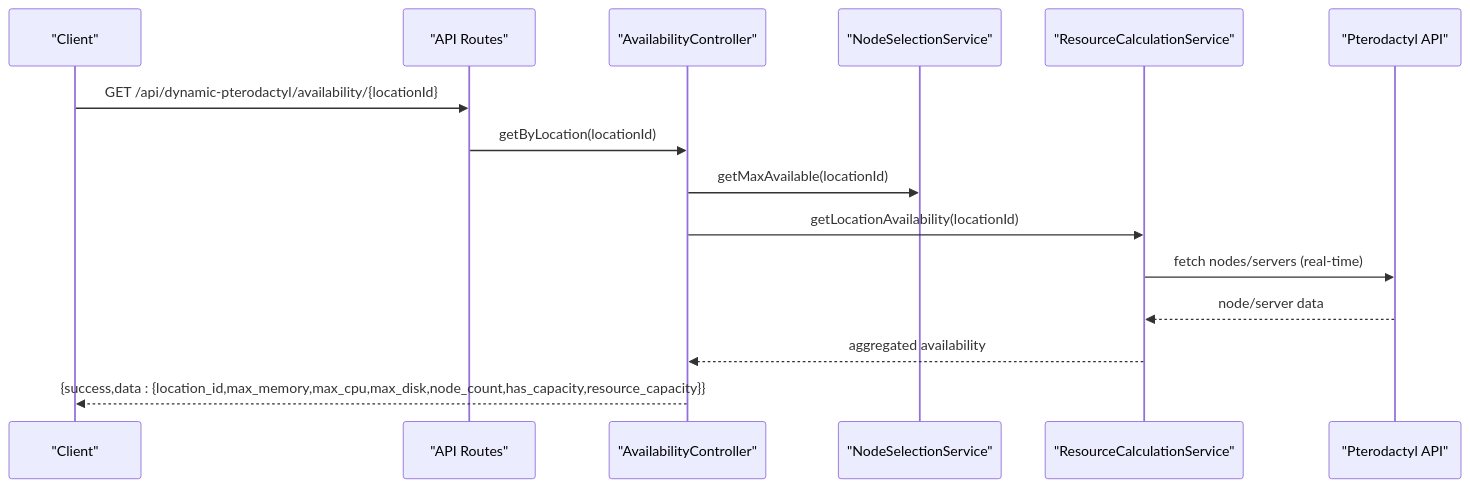
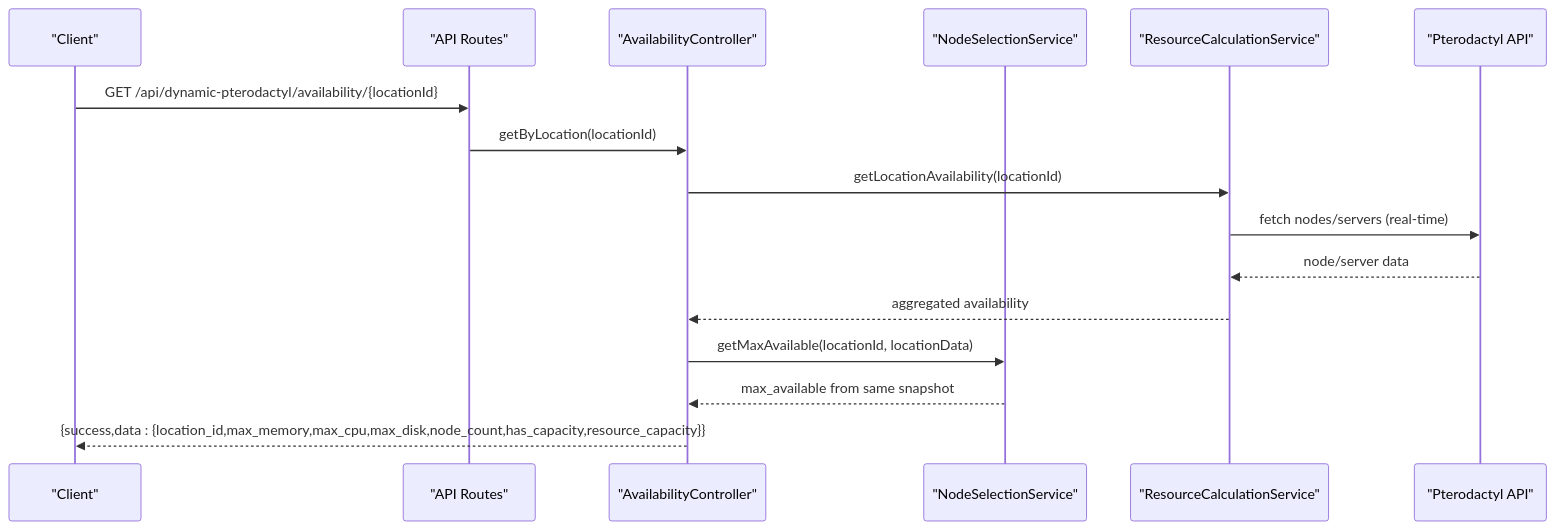
Before and after one commit to ObsidianNetwork/dynamic-pterodactyl: the second of 3 diagrams in .qoder/repowiki/en/content/API Reference/API Reference.md, drawn with Mermaid. The commit also changed 9 other files, not shown here.

````diff
--- a/.qoder/repowiki/en/content/API Reference/API Reference.md
+++ b/.qoder/repowiki/en/content/API Reference/API Reference.md
@@ -81,17 +81,18 @@
 ```mermaid
 sequenceDiagram
 participant Client as "Client"
 participant Routes as "API Routes"
 participant AvailCtrl as "AvailabilityController"
 participant NodeSel as "NodeSelectionService"
 participant ResCalc as "ResourceCalculationService"
 participant Ptero as "Pterodactyl API"
 Client->>Routes : GET /api/dynamic-pterodactyl/availability/{locationId}
 Routes->>AvailCtrl : getByLocation(locationId)
-AvailCtrl->>NodeSel : getMaxAvailable(locationId)
 AvailCtrl->>ResCalc : getLocationAvailability(locationId)
 ResCalc->>Ptero : fetch nodes/servers (real-time)
 Ptero-->>ResCalc : node/server data
 ResCalc-->>AvailCtrl : aggregated availability
+AvailCtrl->>NodeSel : getMaxAvailable(locationId, locationData)
+NodeSel-->>AvailCtrl : max_available from same snapshot
 AvailCtrl-->>Client : {success,data : {location_id,max_memory,max_cpu,max_disk,node_count,has_capacity,resource_capacity}}
 ```
````
